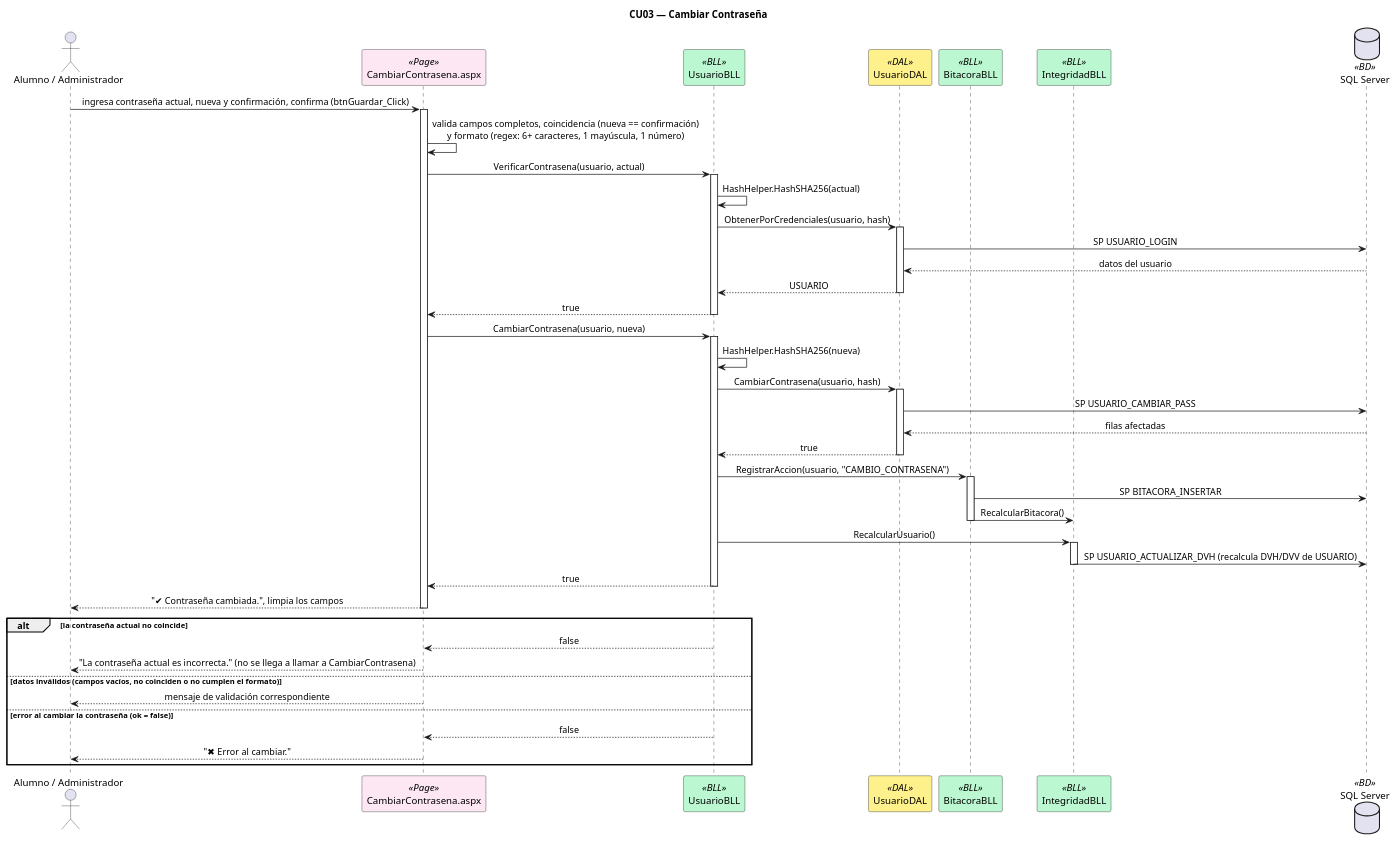
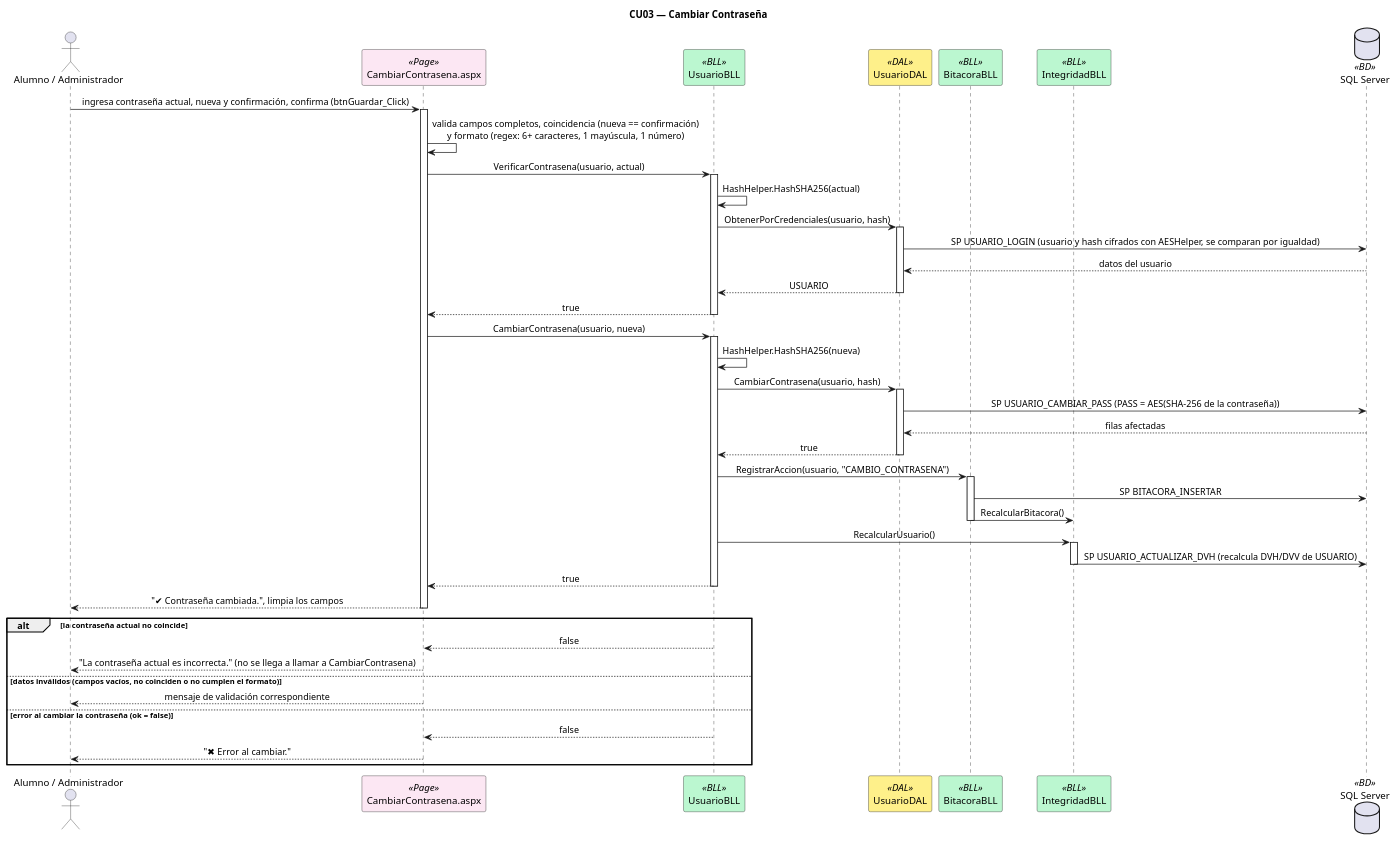
The diagram in DIAGRAMAS/Secuencia_CU03_CambiarContrasena.puml (Urrels/tpDYAWeb), drawn with PlantUML before and after one commit. The commit also changed 16 other files, not shown here.

```diff
--- a/DIAGRAMAS/Secuencia_CU03_CambiarContrasena.puml
+++ b/DIAGRAMAS/Secuencia_CU03_CambiarContrasena.puml
@@ -1,72 +1,72 @@
 @startuml Secuencia_CU03_CambiarContrasena
 title CU03 — Cambiar Contraseña
 skinparam sequenceMessageAlign center
 skinparam shadowing false
 skinparam sequenceParticipant {
     BackgroundColor<<Page>> #FCE7F3
     BackgroundColor<<BLL>> #BBF7D0
     BackgroundColor<<DAL>> #FEF08A
     BackgroundColor<<BD>> #DBEAFE
 }
 
 actor "Alumno / Administrador" as A
 participant "CambiarContrasena.aspx" as PAGE <<Page>>
 participant "UsuarioBLL" as BLL <<BLL>>
 participant "UsuarioDAL" as DAL <<DAL>>
 participant "BitacoraBLL" as BIT <<BLL>>
 participant "IntegridadBLL" as INT <<BLL>>
 database "SQL Server" as DB <<BD>>
 
 A -> PAGE : ingresa contraseña actual, nueva y confirmación, confirma (btnGuardar_Click)
 activate PAGE
 PAGE -> PAGE : valida campos completos, coincidencia (nueva == confirmación)\ny formato (regex: 6+ caracteres, 1 mayúscula, 1 número)
 
 PAGE -> BLL : VerificarContrasena(usuario, actual)
 activate BLL
 BLL -> BLL : HashHelper.HashSHA256(actual)
 BLL -> DAL : ObtenerPorCredenciales(usuario, hash)
 activate DAL
-DAL -> DB : SP USUARIO_LOGIN
+DAL -> DB : SP USUARIO_LOGIN (usuario y hash cifrados con AESHelper, se comparan por igualdad)
 DB --> DAL : datos del usuario
 DAL --> BLL : USUARIO
 deactivate DAL
 BLL --> PAGE : true
 deactivate BLL
 
 PAGE -> BLL : CambiarContrasena(usuario, nueva)
 activate BLL
 BLL -> BLL : HashHelper.HashSHA256(nueva)
 BLL -> DAL : CambiarContrasena(usuario, hash)
 activate DAL
-DAL -> DB : SP USUARIO_CAMBIAR_PASS
+DAL -> DB : SP USUARIO_CAMBIAR_PASS (PASS = AES(SHA-256 de la contraseña))
 DB --> DAL : filas afectadas
 DAL --> BLL : true
 deactivate DAL
 
 BLL -> BIT : RegistrarAccion(usuario, "CAMBIO_CONTRASENA")
 activate BIT
 BIT -> DB : SP BITACORA_INSERTAR
 BIT -> INT : RecalcularBitacora()
 deactivate BIT
 
 BLL -> INT : RecalcularUsuario()
 activate INT
 INT -> DB : SP USUARIO_ACTUALIZAR_DVH (recalcula DVH/DVV de USUARIO)
 deactivate INT
 
 BLL --> PAGE : true
 deactivate BLL
 PAGE --> A : "✔ Contraseña cambiada.", limpia los campos
 deactivate PAGE
 
 alt la contraseña actual no coincide
   BLL --> PAGE : false
   PAGE --> A : "La contraseña actual es incorrecta." (no se llega a llamar a CambiarContrasena)
 else datos inválidos (campos vacíos, no coinciden o no cumplen el formato)
   PAGE --> A : mensaje de validación correspondiente
 else error al cambiar la contraseña (ok = false)
   BLL --> PAGE : false
   PAGE --> A : "✖ Error al cambiar."
 end
 
 @enduml
```
